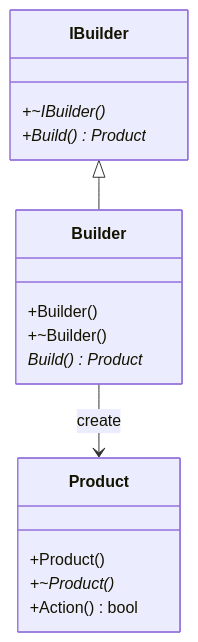
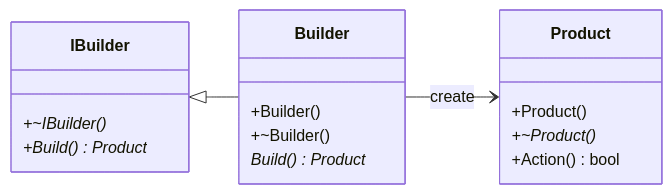
Before and after one commit to KumaKuma0421/DesignPatternSolution: the diagram in PrimitiveDesign/Builder.md, drawn with Mermaid. The commit also changed 23 other files, not shown here.

````diff
--- a/PrimitiveDesign/Builder.md
+++ b/PrimitiveDesign/Builder.md
@@ -3,20 +3,21 @@
 ```mermaid
 classDiagram
-direction TB
+direction LR
   class Product {
     +Product()
     +~Product()*
     +Action() bool
   }
   class IBuilder {
     +~IBuilder()*
     +Build() Product*
   }
   class Builder {
     +Builder()
     +~Builder()
     Build() Product*
   }
+
   IBuilder <|-- Builder
   Builder --> Product : create
 ```
````
